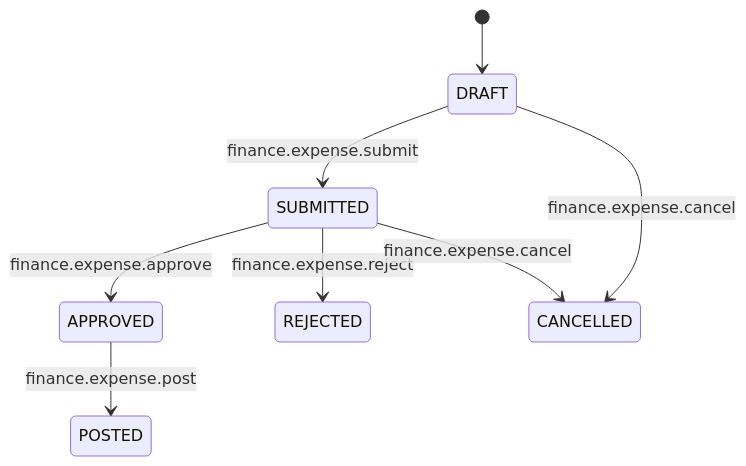
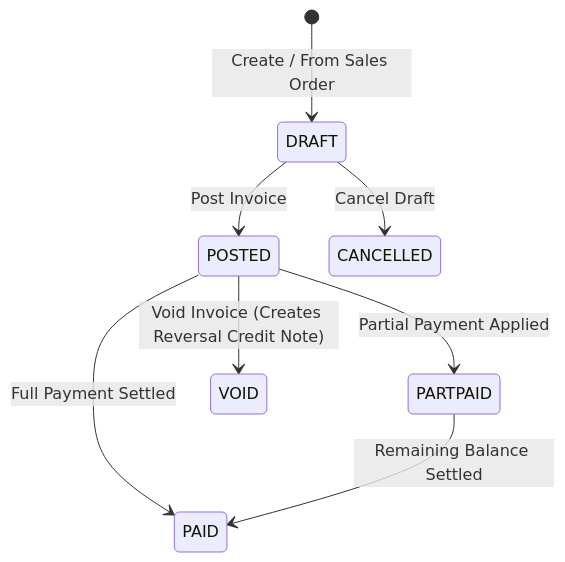
The first of 3 diagrams in user-guides/modules/finance.md (tenarm/docs), drawn with Mermaid before and after one commit. The commit also changed other lines of this file and 42 other files, not shown here.

````diff
--- a/user-guides/modules/finance.md
+++ b/user-guides/modules/finance.md
@@ -92,10 +87,10 @@
 ```mermaid
 stateDiagram-v2
-    [*] --> DRAFT
-    DRAFT --> SUBMITTED : finance.expense.submit
-    SUBMITTED --> APPROVED : finance.expense.approve
-    SUBMITTED --> REJECTED : finance.expense.reject
-    APPROVED --> POSTED : finance.expense.post
-    DRAFT --> CANCELLED : finance.expense.cancel
-    SUBMITTED --> CANCELLED : finance.expense.cancel
+    [*] --> DRAFT : Create / From Sales Order
+    DRAFT --> POSTED : Post Invoice
+    POSTED --> PARTPAID : Partial Payment Applied
+    POSTED --> PAID : Full Payment Settled
+    PARTPAID --> PAID : Remaining Balance Settled
+    DRAFT --> CANCELLED : Cancel Draft
+    POSTED --> VOID : Void Invoice (Creates Reversal Credit Note)
 ```
````
